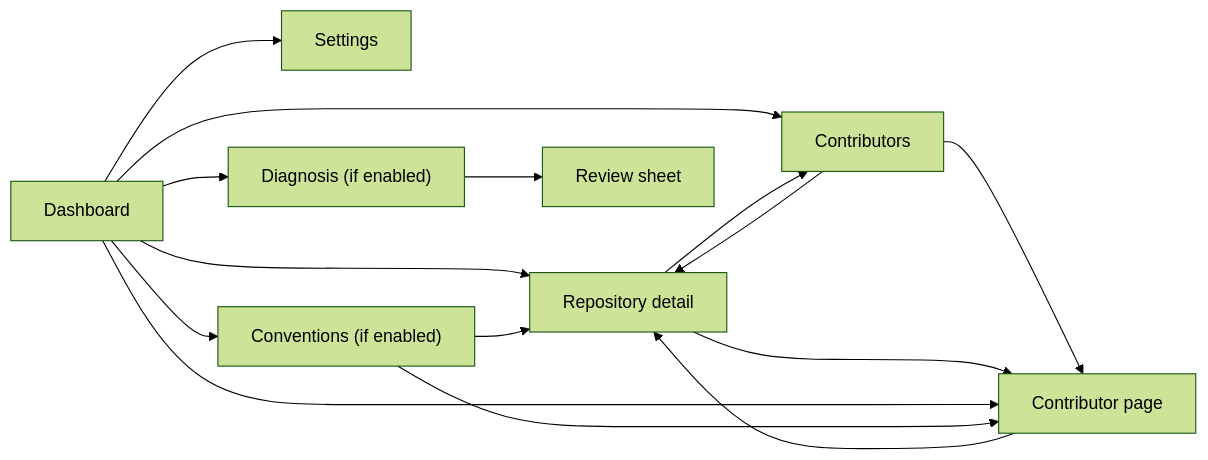
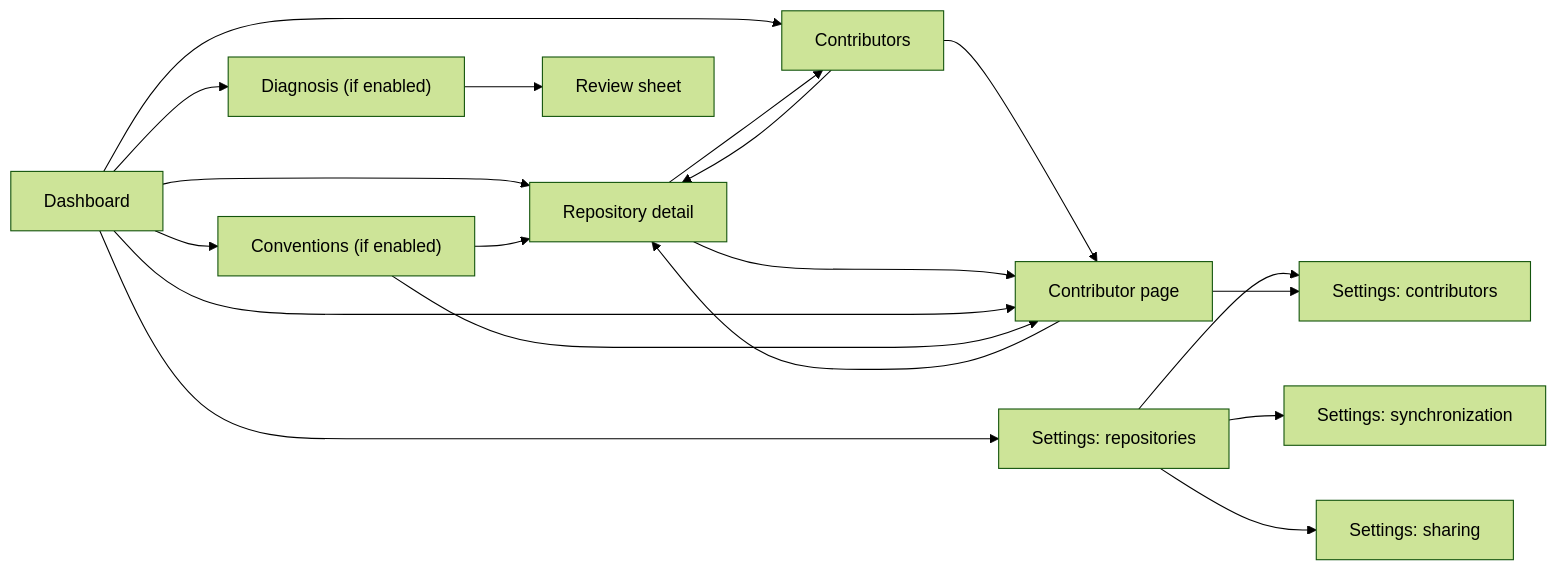
One commit to studoo-app/watchoo changed the diagram in documentation/en/06-web-interface.md. Above: the diagram before and after it, drawn with Mermaid (forest theme). The commit also changed other lines of this file and 9 other files, not shown here.

````diff
--- a/documentation/en/06-web-interface.md
+++ b/documentation/en/06-web-interface.md
@@ -643,17 +705,21 @@
 ```mermaid
 flowchart LR
     DASH["Dashboard"] --> REPO["Repository detail"]
     DASH --> CONTRIB["Contributors"]
-    DASH --> SET["Settings"]
+    DASH --> SET["Settings: repositories"]
+    SET --> SETC["Settings: contributors"]
+    SET --> SETS["Settings: synchronization"]
+    SET --> SETP["Settings: sharing"]
+    PERSON --> SETC
     REPO --> CONTRIB
     CONTRIB --> REPO
     CONTRIB --> PERSON["Contributor page"]
     REPO --> PERSON
     DASH --> PERSON
     PERSON --> REPO
     DASH --> DIAG["Diagnosis (if enabled)"]
     DIAG --> LEAD["Review sheet"]
     DASH --> CONV["Conventions (if enabled)"]
     CONV --> REPO
     CONV --> PERSON
 ```
````
